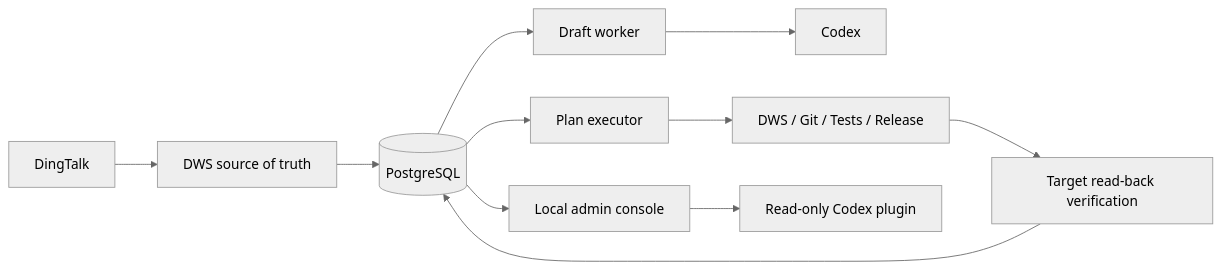
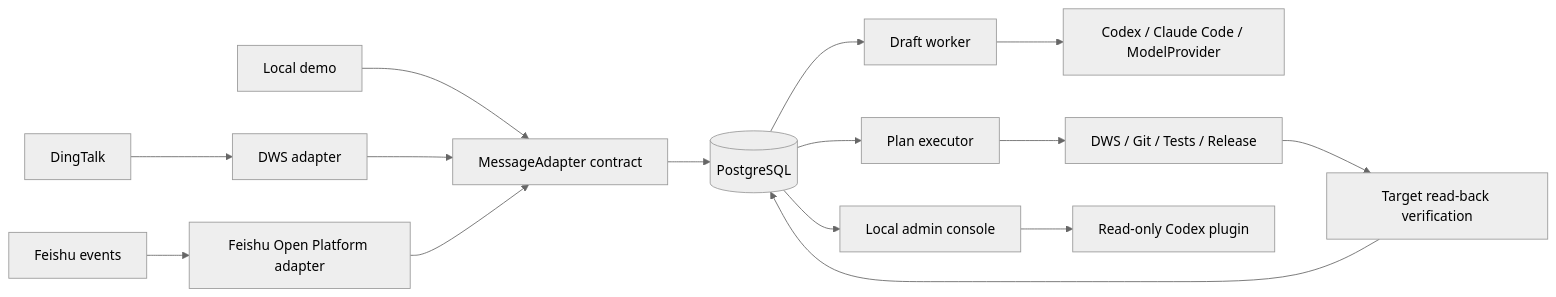
Before and after one commit to ruiwang20010702/ai-employee: the second of 2 diagrams in README.md, drawn with Mermaid (neutral theme). The commit also changed other lines of this file and 96 other files, not shown here.

````diff
--- a/README.md
+++ b/README.md
@@ -98,13 +145,17 @@
 ```mermaid
 flowchart LR
-    DT["DingTalk"] --> DWS["DWS source of truth"]
-    DWS --> DB[("PostgreSQL")]
+    DT["DingTalk"] --> DWS["DWS adapter"]
+    FS["Feishu events"] --> FSA["Feishu Open Platform adapter"]
+    DEMO["Local demo"] --> MA["MessageAdapter contract"]
+    DWS --> MA
+    FSA --> MA
+    MA --> DB[("PostgreSQL")]
     DB --> W["Draft worker"]
-    W --> C["Codex"]
+    W --> C["Codex / Claude Code / ModelProvider"]
     DB --> E["Plan executor"]
     E --> T["DWS / Git / Tests / Release"]
     T --> V["Target read-back verification"]
     V --> DB
     DB --> A["Local admin console"]
     A --> M["Read-only Codex plugin"]
 ```
````
